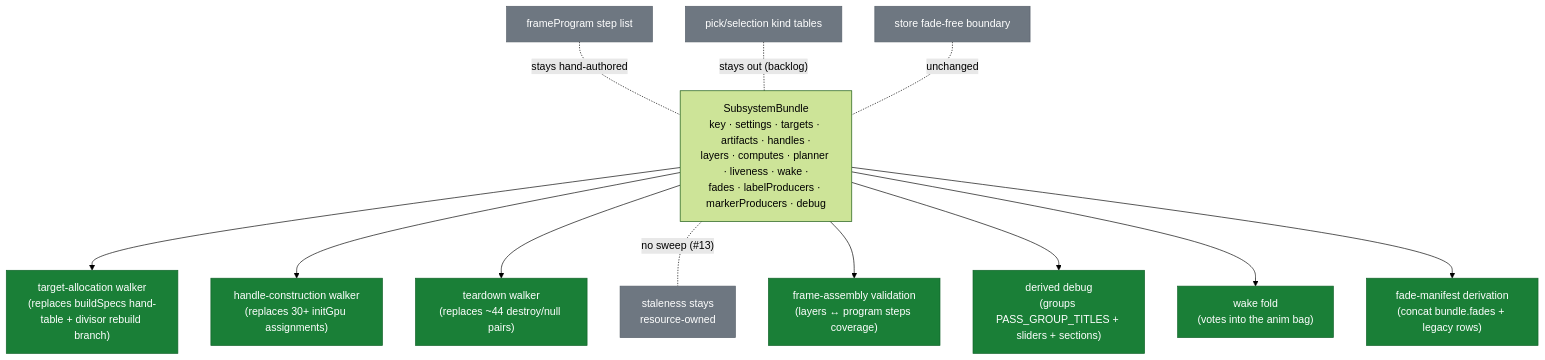
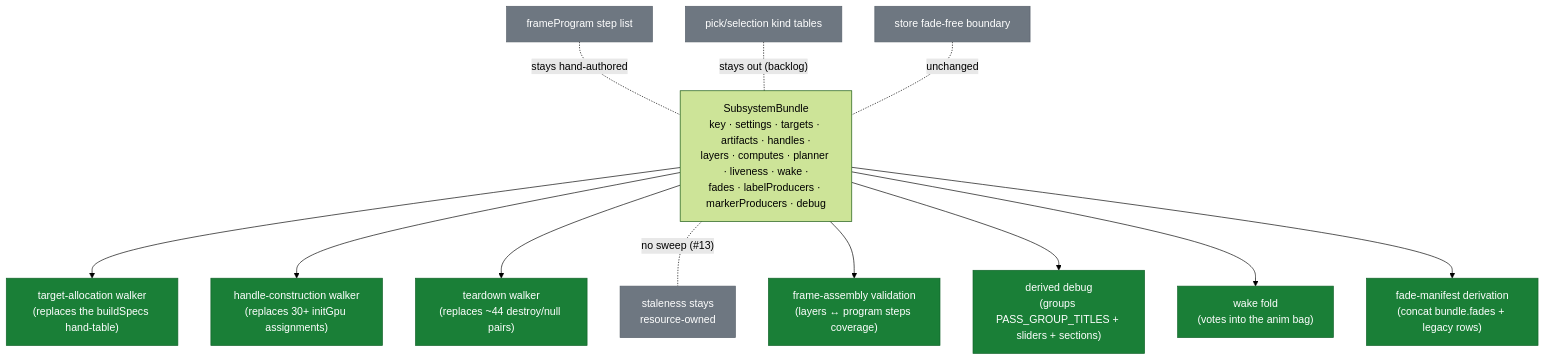
The fifth of 5 diagrams in docs/research/engine/current-contracts-map.md (rulkens/skymap), drawn with Mermaid (forest theme) before and after one commit. The commit also changed other lines of this file and 3 other files, not shown here.

````diff
--- a/docs/research/engine/current-contracts-map.md
+++ b/docs/research/engine/current-contracts-map.md
@@ -222,19 +224,19 @@
 ```mermaid
 flowchart TD
     B["SubsystemBundle<br/>key · settings · targets · artifacts · handles ·<br/>layers · computes · planner · liveness · wake ·<br/>fades · labelProducers · markerProducers · debug"]
-    B --> W1["target-allocation walker<br/>(replaces buildSpecs hand-table + divisor rebuild branch)"]
+    B --> W1["target-allocation walker<br/>(replaces the buildSpecs hand-table)"]
     B --> W2["handle-construction walker<br/>(replaces 30+ initGpu assignments)"]
     B --> W3["teardown walker<br/>(replaces ~44 destroy/null pairs)"]
     B -. no sweep (#13) .- W4["staleness stays<br/>resource-owned"]
     B --> W5["frame-assembly validation<br/>(layers ↔ program steps coverage)"]
     B --> W6["derived debug<br/>(groups PASS_GROUP_TITLES + sliders + sections)"]
     B --> W7["wake fold<br/>(votes into the anim bag)"]
     B --> W8["fade-manifest derivation<br/>(concat bundle.fades + legacy rows)"]
     FPX["frameProgram step list"] -. stays hand-authored .- B
     PICKX["pick/selection kind tables"] -. stays out (backlog) .- B
     STOREX["store fade-free boundary"] -. unchanged .- B
     classDef good fill:#1a7f37,stroke:#116329,color:#ffffff
     classDef out fill:#6e7781,stroke:#57606a,color:#ffffff
     class W1,W2,W3,W5,W6,W7,W8 good
     class W4,FPX,PICKX,STOREX out
 ```
````
